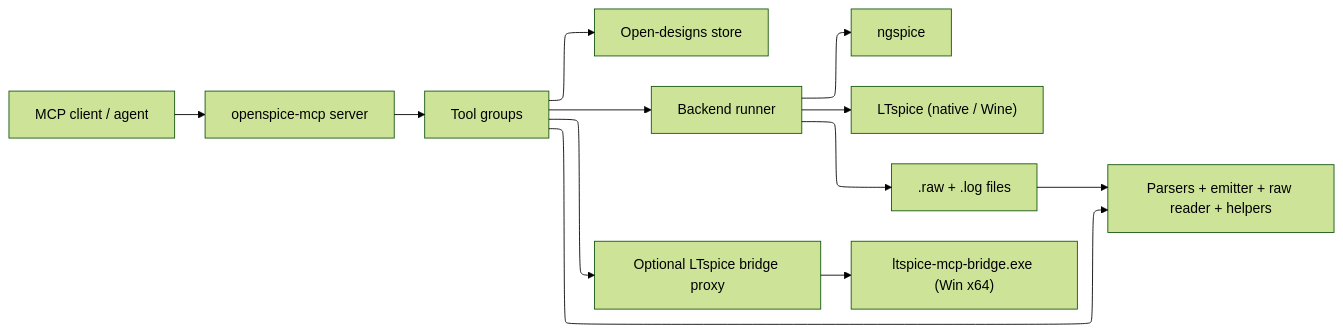
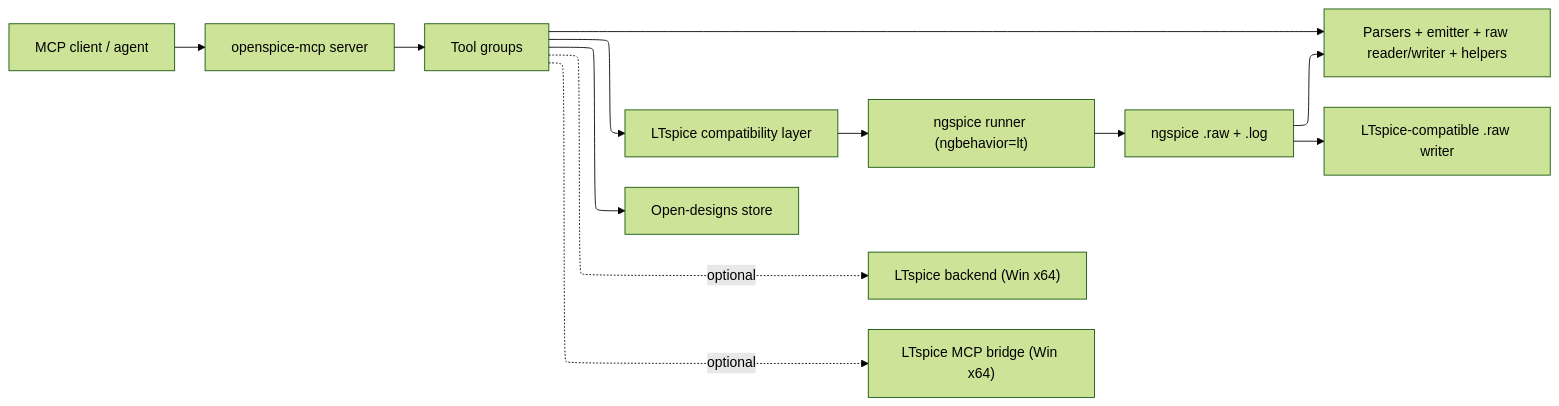
Before and after one commit to sohampatwardhan/openspice-mcp: the first of 7 diagrams in .kiro/specs/openspice-mcp/design.md, drawn with Mermaid (forest theme). The commit also changed other lines of this file and 4 other files, not shown here.

First line of the commit message:
docs(spec): make ngspice the sole engine with LTspice file fidelity

````diff
--- a/.kiro/specs/openspice-mcp/design.md
+++ b/.kiro/specs/openspice-mcp/design.md
@@ -62,18 +60,18 @@
 ```mermaid
 ---
 config:
   layout: elk
 ---
 flowchart LR
   caller["MCP client / agent"] --> server["openspice-mcp server"]
   server --> tools["Tool groups"]
-  tools --> engine["Parsers + emitter + raw reader + helpers"]
+  tools --> engine["Parsers + emitter + raw reader/writer + helpers"]
+  tools --> compat["LTspice compatibility layer"]
   tools --> designs["Open-designs store"]
-  tools --> runner["Backend runner"]
-  tools --> bridge["Optional LTspice bridge proxy"]
-  runner --> ng["ngspice"]
-  runner --> lt["LTspice (native / Wine)"]
-  runner --> raw[".raw + .log files"]
-  bridge --> bexe["ltspice-mcp-bridge.exe (Win x64)"]
+  compat --> runner["ngspice runner (ngbehavior=lt)"]
+  runner --> raw["ngspice .raw + .log"]
+  raw --> rawwriter["LTspice-compatible .raw writer"]
   raw --> engine
+  tools -. optional .-> ltspice["LTspice backend (Win x64)"]
+  tools -. optional .-> bridge["LTspice MCP bridge (Win x64)"]
 ```
````
